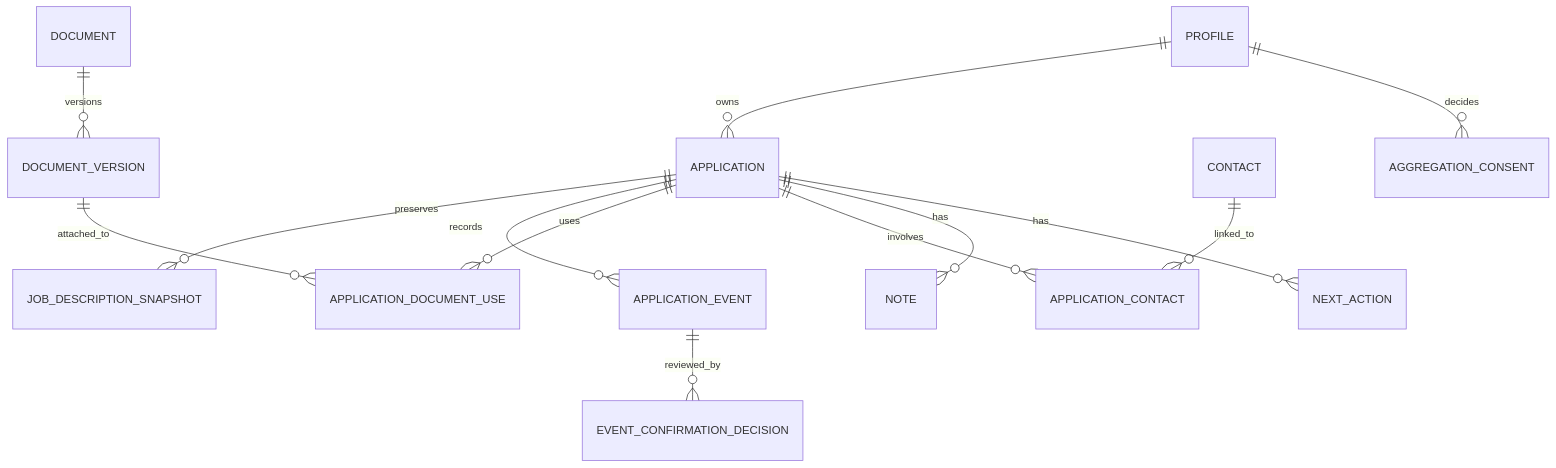
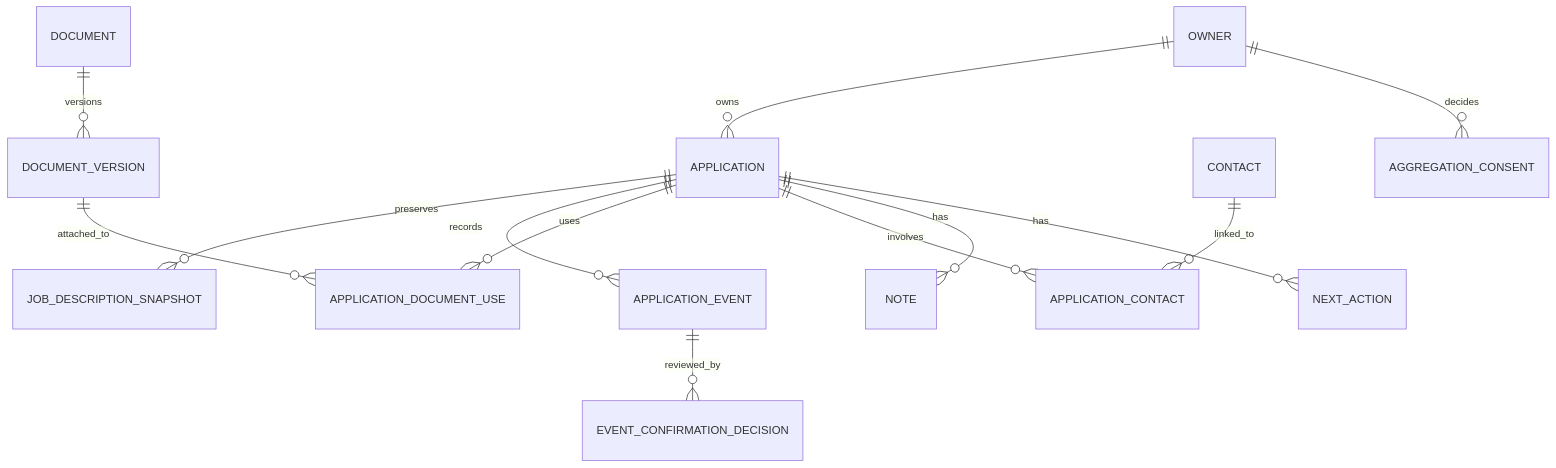
The diagram in docs/data-model.md (aaravrshah/wip), drawn with Mermaid before and after one commit. The commit also changed other lines of this file and 74 other files, not shown here.

````diff
--- a/docs/data-model.md
+++ b/docs/data-model.md
@@ -26,15 +26,15 @@
 ```mermaid
 erDiagram
-    PROFILE ||--o{ APPLICATION : owns
+    OWNER ||--o{ APPLICATION : owns
     APPLICATION ||--o{ JOB_DESCRIPTION_SNAPSHOT : preserves
     APPLICATION ||--o{ APPLICATION_EVENT : records
     APPLICATION_EVENT ||--o{ EVENT_CONFIRMATION_DECISION : reviewed_by
     APPLICATION ||--o{ APPLICATION_DOCUMENT_USE : uses
     DOCUMENT ||--o{ DOCUMENT_VERSION : versions
     DOCUMENT_VERSION ||--o{ APPLICATION_DOCUMENT_USE : attached_to
     APPLICATION ||--o{ APPLICATION_CONTACT : involves
     CONTACT ||--o{ APPLICATION_CONTACT : linked_to
     APPLICATION ||--o{ NOTE : has
     APPLICATION ||--o{ NEXT_ACTION : has
-    PROFILE ||--o{ AGGREGATION_CONSENT : decides
+    OWNER ||--o{ AGGREGATION_CONSENT : decides
 ```
````
